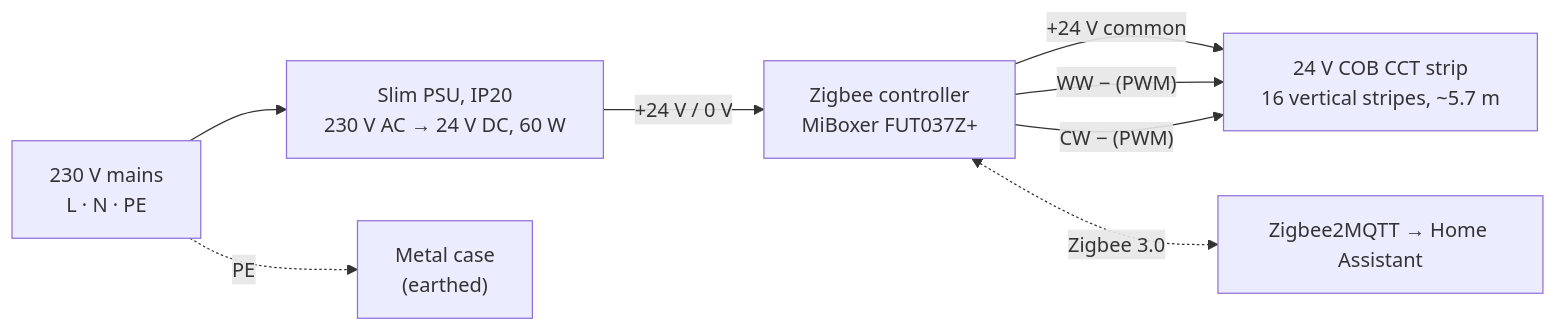
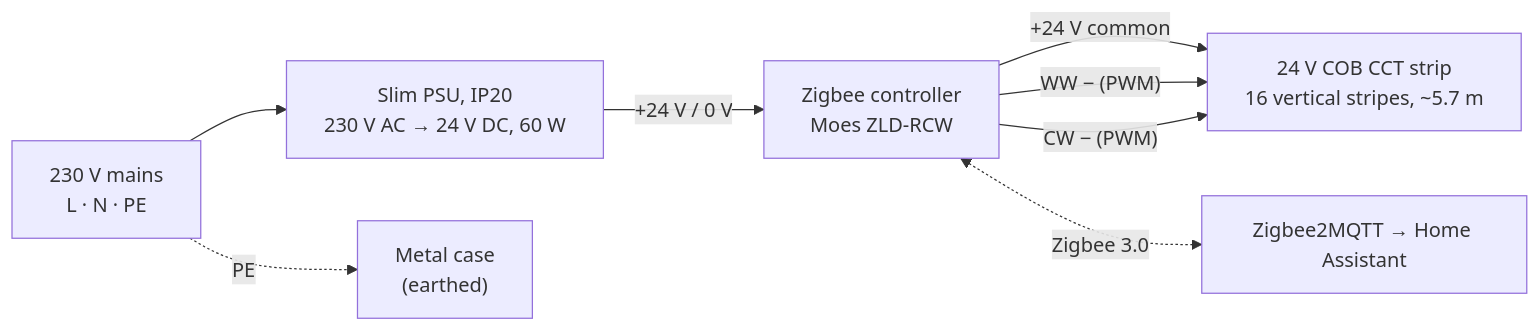
Before and after one commit to AlexandrLisitsa/HomeSweetHome: the diagram in LedLamp/README.md, drawn with Mermaid. The commit also changed other lines of this file and 6 other files, not shown here.

First line of the commit message:
Pick the Moes ZLD-RCW for LedLamp instead of the FUT037Z+

````diff
--- a/LedLamp/README.md
+++ b/LedLamp/README.md
@@ -74,10 +74,10 @@
 ```mermaid
 flowchart LR
     M["230 V mains<br/>L · N · PE"] --> PSU["Slim PSU, IP20<br/>230 V AC → 24 V DC, 60 W"]
     M -. PE .-> CASE["Metal case<br/>(earthed)"]
-    PSU -- "+24 V / 0 V" --> ZB["Zigbee controller<br/>MiBoxer FUT037Z+"]
+    PSU -- "+24 V / 0 V" --> ZB["Zigbee controller<br/>Moes ZLD-RCW"]
     ZB -- "+24 V common" --> LED["24 V COB CCT strip<br/>16 vertical stripes, ~5.7 m"]
     ZB -- "WW − (PWM)" --> LED
     ZB -- "CW − (PWM)" --> LED
     ZB <-. "Zigbee 3.0" .-> Z2M["Zigbee2MQTT → Home Assistant"]
 ```
````
